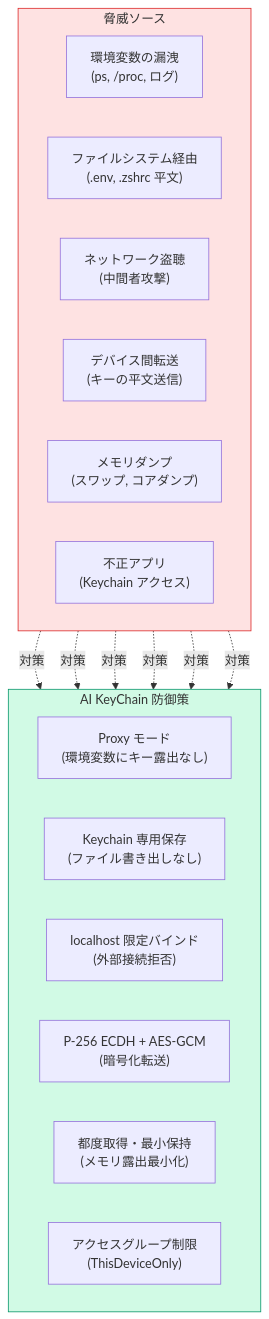
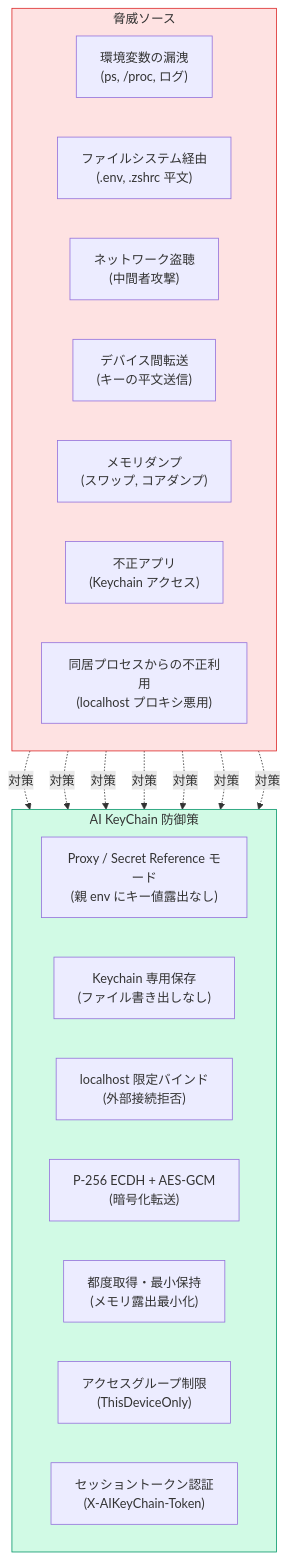
The first of 2 diagrams in docs/design/security.md (aieo-product/AIkeychain), drawn with Mermaid before and after one commit. The commit also changed other lines of this file and 7 other files, not shown here.

````diff
--- a/docs/design/security.md
+++ b/docs/design/security.md
@@ -7,32 +5,35 @@
 ```mermaid
 graph TB
     subgraph Threats["脅威ソース"]
         direction LR
         T1["環境変数の漏洩<br/>(ps, /proc, ログ)"]
         T2["ファイルシステム経由<br/>(.env, .zshrc 平文)"]
         T3["ネットワーク盗聴<br/>(中間者攻撃)"]
         T4["デバイス間転送<br/>(キーの平文送信)"]
         T5["メモリダンプ<br/>(スワップ, コアダンプ)"]
         T6["不正アプリ<br/>(Keychain アクセス)"]
+        T7["同居プロセスからの不正利用<br/>(localhost プロキシ悪用)"]
     end
 
     subgraph Defenses["AI KeyChain 防御策"]
         direction LR
-        D1["Proxy モード<br/>(環境変数にキー露出なし)"]
+        D1["Proxy / Secret Reference モード<br/>(親 env にキー値露出なし)"]
         D2["Keychain 専用保存<br/>(ファイル書き出しなし)"]
         D3["localhost 限定バインド<br/>(外部接続拒否)"]
         D4["P-256 ECDH + AES-GCM<br/>(暗号化転送)"]
         D5["都度取得・最小保持<br/>(メモリ露出最小化)"]
         D6["アクセスグループ制限<br/>(ThisDeviceOnly)"]
+        D7["セッショントークン認証<br/>(X-AIKeyChain-Token)"]
     end
 
     T1 -.->|対策| D1
     T2 -.->|対策| D2
     T3 -.->|対策| D3
     T4 -.->|対策| D4
     T5 -.->|対策| D5
     T6 -.->|対策| D6
+    T7 -.->|対策| D7
 
     style Threats fill:#FEE2E2,stroke:#DC2626
     style Defenses fill:#D1FAE5,stroke:#059669
 ```
````
